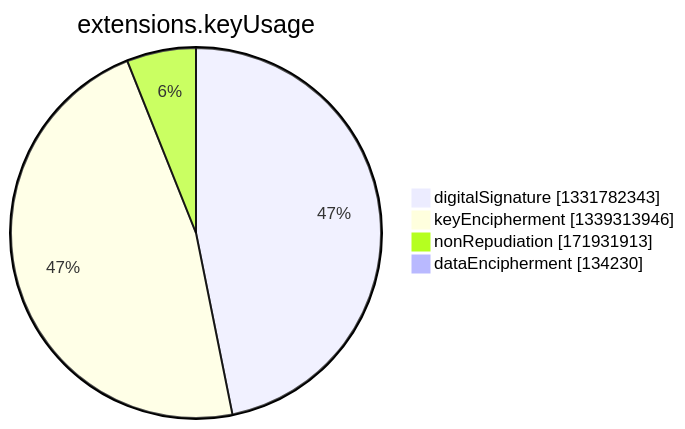
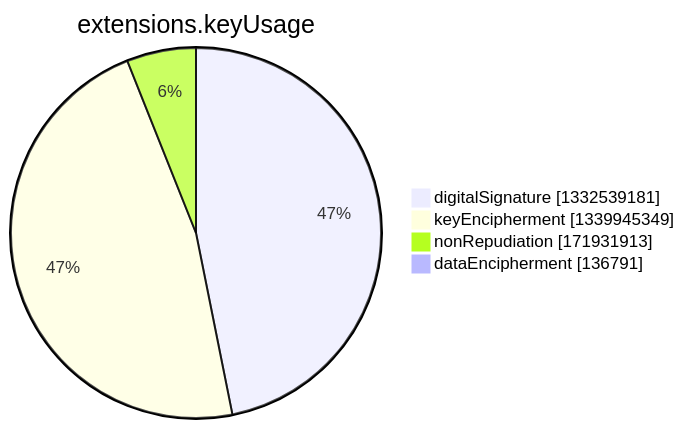
Before and after one commit to christiankrug/ctmonitor_visualization: the seventh of 15 diagrams in argon2022/README.md, drawn with Mermaid. The commit also changed other lines of this file, not shown here.

````diff
--- a/argon2022/README.md
+++ b/argon2022/README.md
@@ -2750,8 +2750,8 @@
 ```mermaid
 pie showData
 title extensions.keyUsage
-"digitalSignature" :1331782343
-"keyEncipherment" :1339313946
+"digitalSignature" :1332539181
+"keyEncipherment" :1339945349
 "nonRepudiation" :171931913
-"dataEncipherment" :134230
+"dataEncipherment" :136791
 ```
````
